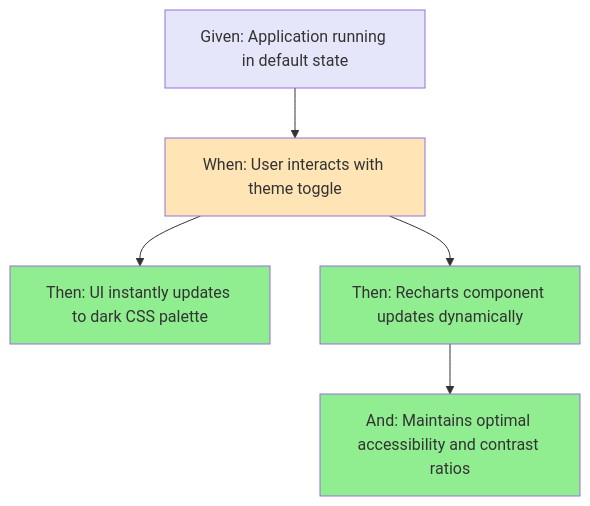
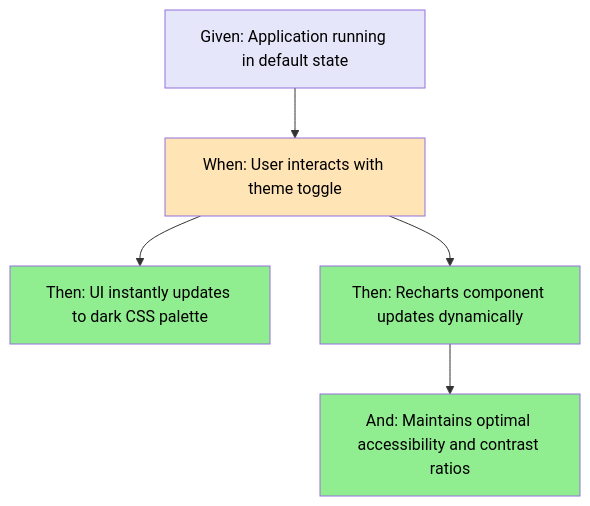
Before and after one commit to Interlaken0/temperature-plotter: diagram 12 of 18 in docs/system-architecture.md, drawn with Mermaid. The commit also changed other lines of this file and 8 other files, not shown here.

First line of the commit message:
Update documentation with comprehensive API reference and visual graph upgrade details

````diff
--- a/docs/system-architecture.md
+++ b/docs/system-architecture.md
@@ -286,13 +499,13 @@
 ```mermaid
 flowchart TD
     A[Given: Application running in default state] --> B[When: User interacts with theme toggle]
     B --> C[Then: UI instantly updates to dark CSS palette]
     B --> D[Then: Recharts component updates dynamically]
     D --> E[And: Maintains optimal accessibility and contrast ratios]
     
-    style A fill:#E6E6FA
-    style B fill:#FFE4B5
-    style C fill:#90EE90
-    style D fill:#90EE90
-    style E fill:#90EE90
+    style A fill:#E6E6FA,color:#000000
+    style B fill:#FFE4B5,color:#000000
+    style C fill:#90EE90,color:#000000
+    style D fill:#90EE90,color:#000000
+    style E fill:#90EE90,color:#000000
 ```
````
